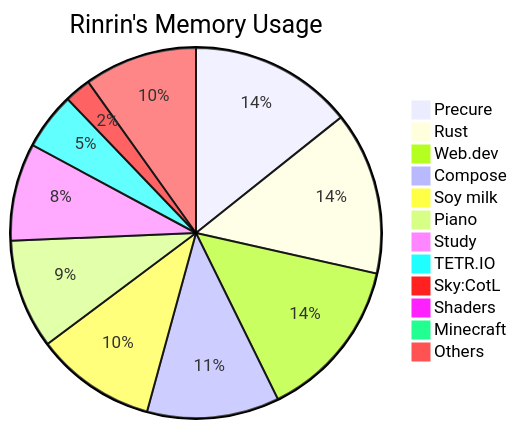
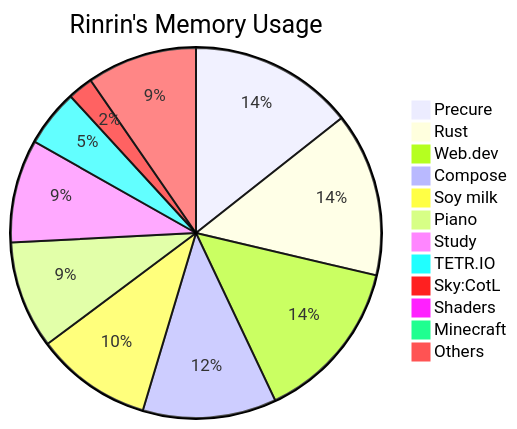
Before and after one commit to Rinrin0413/Rinrin0413: the diagram in README.md, drawn with Mermaid.

Commit message:
🛠 Update: Rinrin's Memory Usage

````diff
--- a/README.md
+++ b/README.md
@@ -77,15 +77,15 @@
 ```mermaid
 pie title Rinrin's Memory Usage
-    "Precure": 585
-    "Rust": 583
-    "Web.dev": 581
-    "Compose": 473
-    "Soy milk": 431
-    "Piano": 391
-    "Study": 349
+    "Precure": 587
+    "Rust": 585
+    "Web.dev": 584
+    "Compose": 477
+    "Soy milk": 415
+    "Piano": 384
+    "Study": 368
     "TETR.IO": 204
-    "Sky:CotL": 94
+    "Sky:CotL": 90
     "Shaders": 30
     "Minecraft": 30
-    "Others": 404
+    "Others": 393
 ```
````
